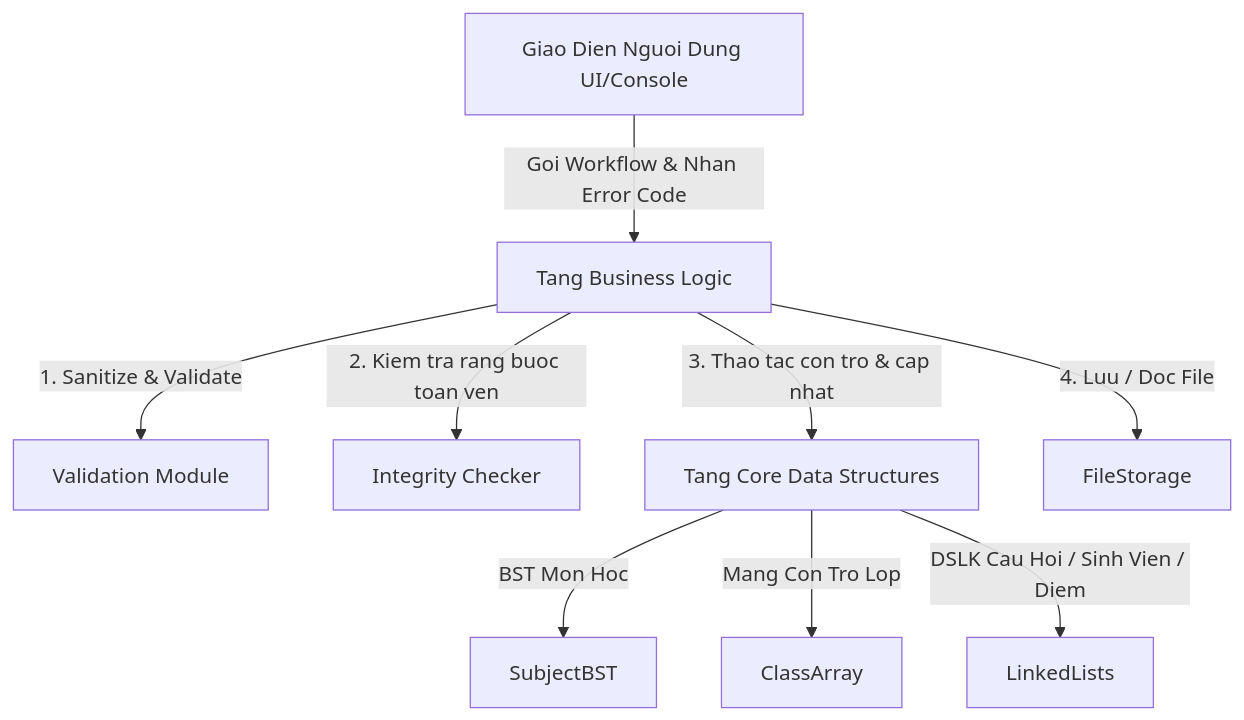
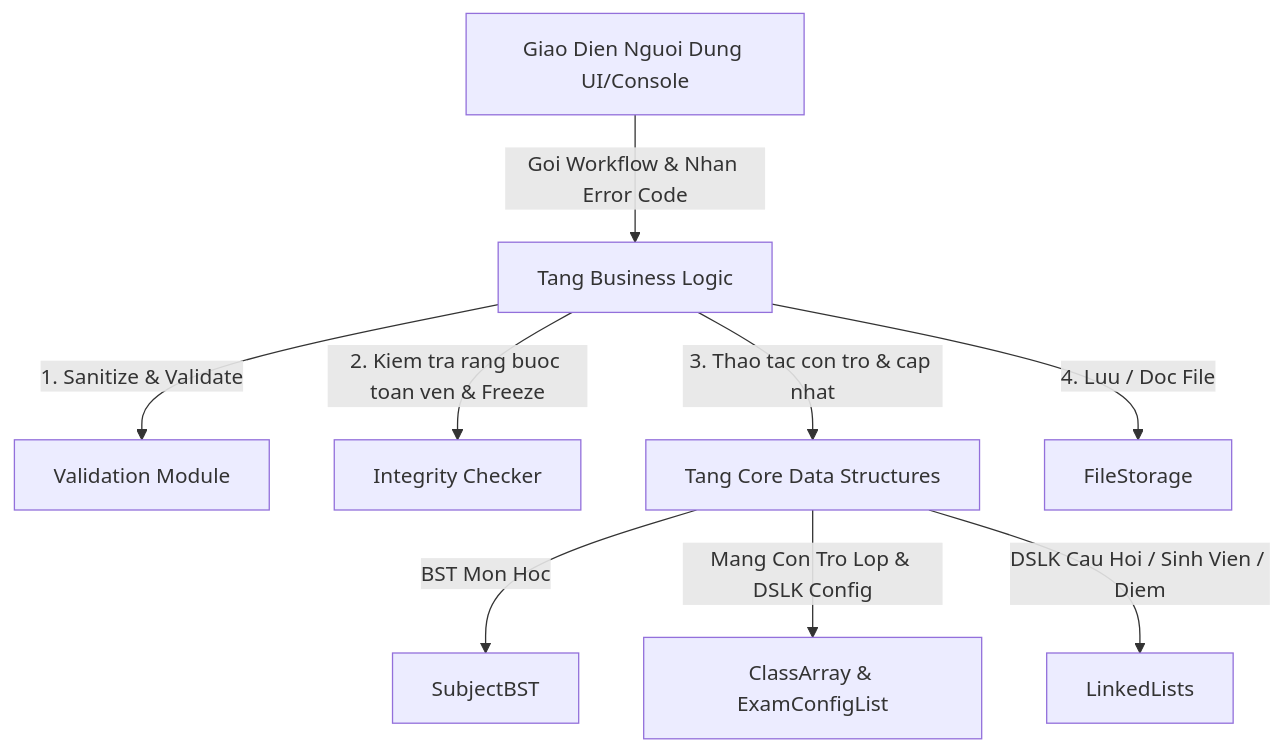
One commit to 0xKurian/DSA-Project-ThiTracNghiem changed the first of 5 diagrams in business/readme_extension.md. Above: the diagram before and after it, drawn with Mermaid. The commit also changed other lines of this file and 24 other files, not shown here.

````diff
--- a/business/readme_extension.md
+++ b/business/readme_extension.md
@@ -35,11 +38,11 @@
 ```mermaid
 graph TD
     UI[Giao Dien Nguoi Dung UI/Console] -->|Goi Workflow & Nhan Error Code| BIZ[Tang Business Logic]
     BIZ -->|1. Sanitize & Validate| VAL[Validation Module]
-    BIZ -->|2. Kiem tra rang buoc toan ven| INT[Integrity Checker]
+    BIZ -->|2. Kiem tra rang buoc toan ven & Freeze| INT[Integrity Checker]
     BIZ -->|3. Thao tac con tro & cap nhat| CORE[Tang Core Data Structures]
     CORE -->|BST Mon Hoc| BST[SubjectBST]
-    CORE -->|Mang Con Tro Lop| CLS[ClassArray]
+    CORE -->|Mang Con Tro Lop & DSLK Config| CLS[ClassArray & ExamConfigList]
     CORE -->|DSLK Cau Hoi / Sinh Vien / Diem| LNK[LinkedLists]
     BIZ -->|4. Luu / Doc File| FS[FileStorage]
 ```
````
